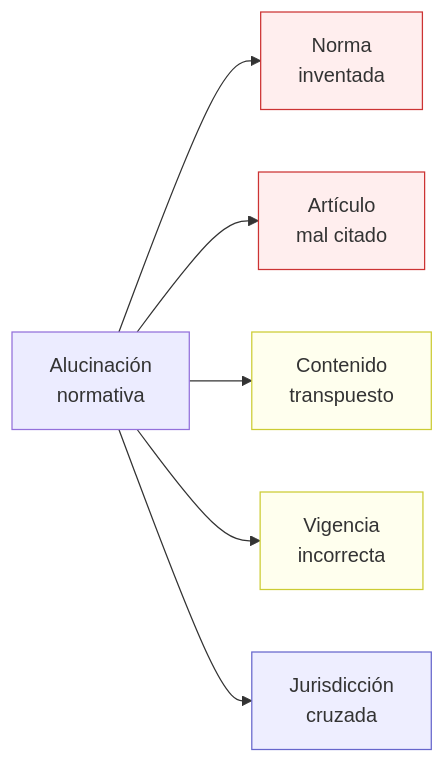
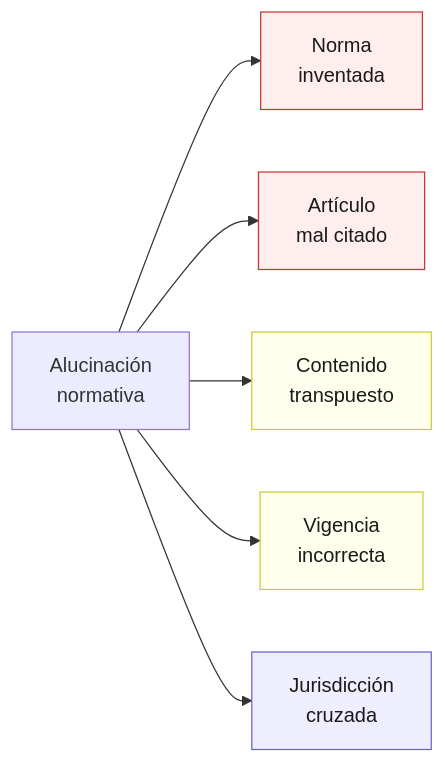
One commit to Alonsomar/estudio-personal changed the second of 7 diagrams in 01-evals/theory/12-dominios-alto-stake.md. Above: the diagram before and after it, drawn with Mermaid. The commit also changed other lines of this file and 20 other files, not shown here.

First line of the commit message:
fix(docs): texto oscuro en nodos Mermaid para legibilidad en modo oscuro

````diff
--- a/01-evals/theory/12-dominios-alto-stake.md
+++ b/01-evals/theory/12-dominios-alto-stake.md
@@ -53,15 +53,15 @@
 ```mermaid
 graph LR
     A["Alucinación<br/>normativa"]
     A --> T1["Norma<br/>inventada"]
     A --> T2["Artículo<br/>mal citado"]
     A --> T3["Contenido<br/>transpuesto"]
     A --> T4["Vigencia<br/>incorrecta"]
     A --> T5["Jurisdicción<br/>cruzada"]
     
-    style T1 fill:#fee,stroke:#c33
-    style T2 fill:#fee,stroke:#c33
-    style T3 fill:#ffe,stroke:#cc3
-    style T4 fill:#ffe,stroke:#cc3
-    style T5 fill:#eef,stroke:#66c
+    style T1 fill:#fee,stroke:#c33,color:#1a1a1a
+    style T2 fill:#fee,stroke:#c33,color:#1a1a1a
+    style T3 fill:#ffe,stroke:#cc3,color:#1a1a1a
+    style T4 fill:#ffe,stroke:#cc3,color:#1a1a1a
+    style T5 fill:#eef,stroke:#66c,color:#1a1a1a
 ```
````
